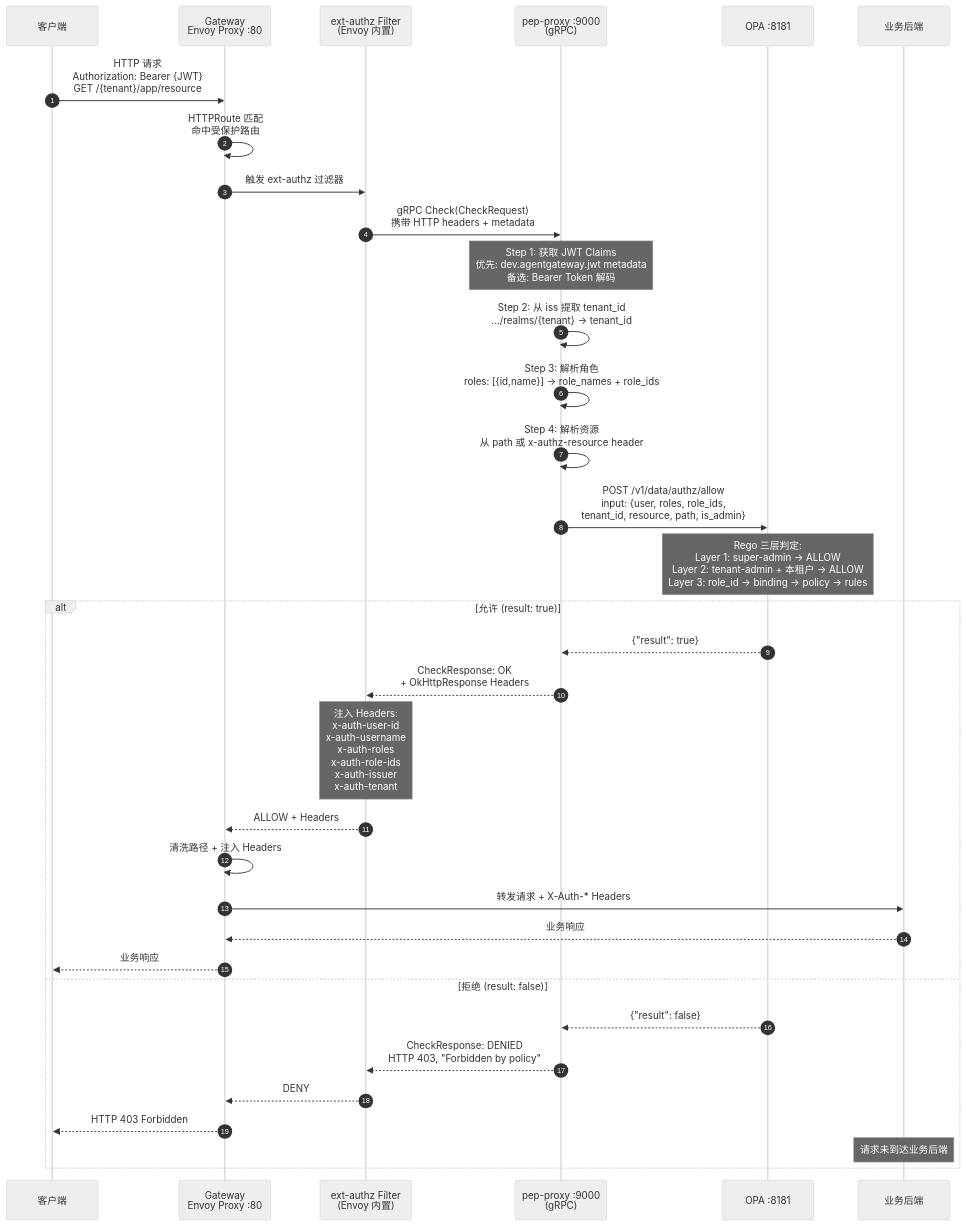
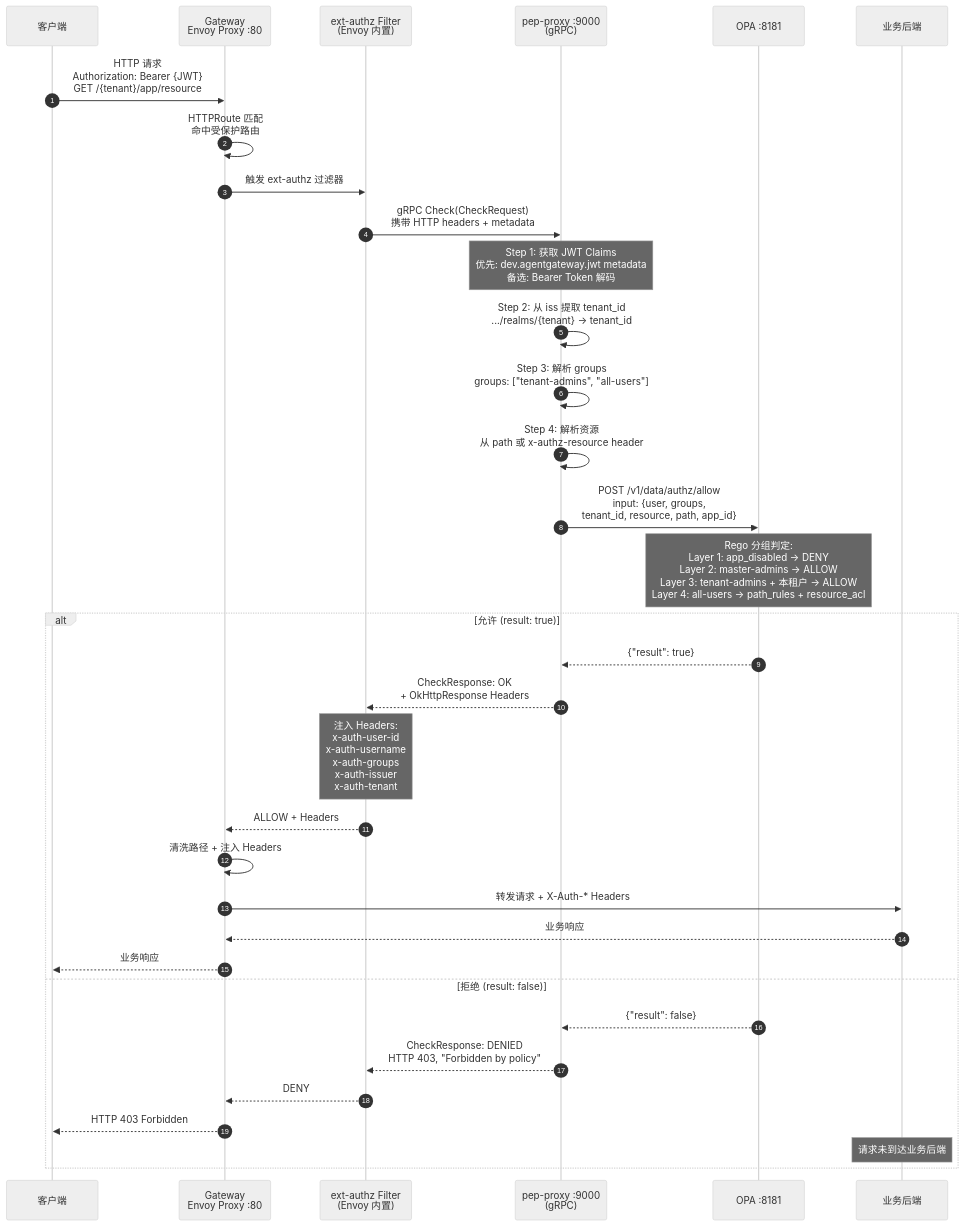
Diagram 11 of 16 in da-cluster/docs/design-specification.md (xiewanchao/aidp-iam), drawn with Mermaid (neutral theme) before and after one commit. The commit also changed other lines of this file and 13 other files, not shown here.

````diff
--- a/da-cluster/docs/design-specification.md
+++ b/da-cluster/docs/design-specification.md
@@ -584,47 +615,47 @@
 ```mermaid
 sequenceDiagram
     autonumber
     participant Client as 客户端
     participant GW as Gateway<br/>Envoy Proxy :80
     participant Filter as ext-authz Filter<br/>(Envoy 内置)
     participant PEP as pep-proxy :9000<br/>(gRPC)
     participant OPA as OPA :8181
     participant Backend as 业务后端
 
     Client->>GW: HTTP 请求<br/>Authorization: Bearer {JWT}<br/>GET /{tenant}/app/resource
 
     GW->>GW: HTTPRoute 匹配<br/>命中受保护路由
 
     GW->>Filter: 触发 ext-authz 过滤器
 
     Filter->>PEP: gRPC Check(CheckRequest)<br/>携带 HTTP headers + metadata
 
     Note over PEP: Step 1: 获取 JWT Claims<br/>优先: dev.agentgateway.jwt metadata<br/>备选: Bearer Token 解码
 
     PEP->>PEP: Step 2: 从 iss 提取 tenant_id<br/>.../realms/{tenant} → tenant_id
 
-    PEP->>PEP: Step 3: 解析角色<br/>roles: [{id,name}] → role_names + role_ids
+    PEP->>PEP: Step 3: 解析 groups<br/>groups: ["tenant-admins", "all-users"]
 
     PEP->>PEP: Step 4: 解析资源<br/>从 path 或 x-authz-resource header
 
-    PEP->>OPA: POST /v1/data/authz/allow<br/>input: {user, roles, role_ids,<br/>tenant_id, resource, path, is_admin}
+    PEP->>OPA: POST /v1/data/authz/allow<br/>input: {user, groups,<br/>tenant_id, resource, path, app_id}
 
-    Note over OPA: Rego 三层判定:<br/>Layer 1: super-admin → ALLOW<br/>Layer 2: tenant-admin + 本租户 → ALLOW<br/>Layer 3: role_id → binding → policy → rules
+    Note over OPA: Rego 分组判定:<br/>Layer 1: app_disabled → DENY<br/>Layer 2: master-admins → ALLOW<br/>Layer 3: tenant-admins + 本租户 → ALLOW<br/>Layer 4: all-users → path_rules + resource_acl
 
     alt 允许 (result: true)
         OPA-->>PEP: {"result": true}
         PEP-->>Filter: CheckResponse: OK<br/>+ OkHttpResponse Headers
-        Note over Filter: 注入 Headers:<br/>x-auth-user-id<br/>x-auth-username<br/>x-auth-roles<br/>x-auth-role-ids<br/>x-auth-issuer<br/>x-auth-tenant
+        Note over Filter: 注入 Headers:<br/>x-auth-user-id<br/>x-auth-username<br/>x-auth-groups<br/>x-auth-issuer<br/>x-auth-tenant
         Filter-->>GW: ALLOW + Headers
         GW->>GW: 清洗路径 + 注入 Headers
         GW->>Backend: 转发请求 + X-Auth-* Headers
         Backend-->>GW: 业务响应
         GW-->>Client: 业务响应
     else 拒绝 (result: false)
         OPA-->>PEP: {"result": false}
         PEP-->>Filter: CheckResponse: DENIED<br/>HTTP 403, "Forbidden by policy"
         Filter-->>GW: DENY
         GW-->>Client: HTTP 403 Forbidden
         Note over Backend: 请求未到达业务后端
     end
 ```
````
